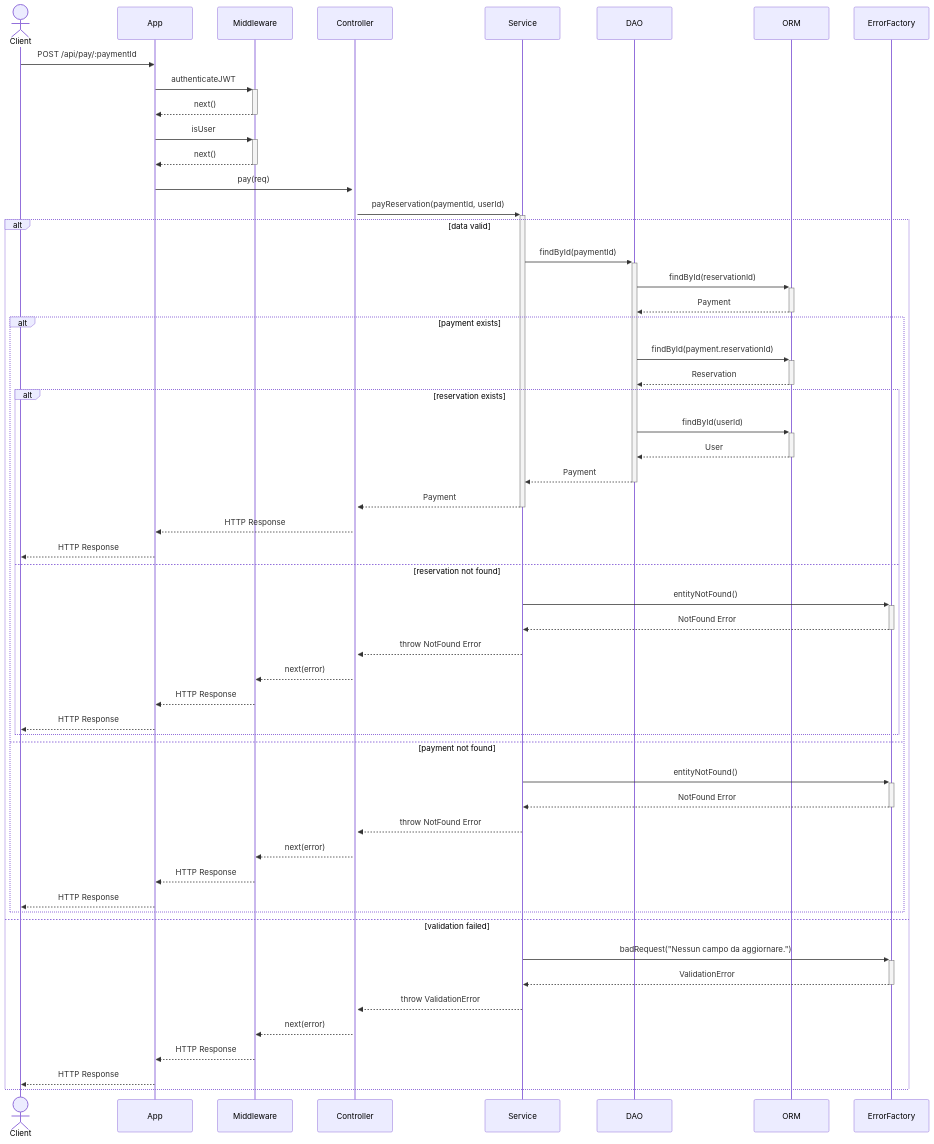
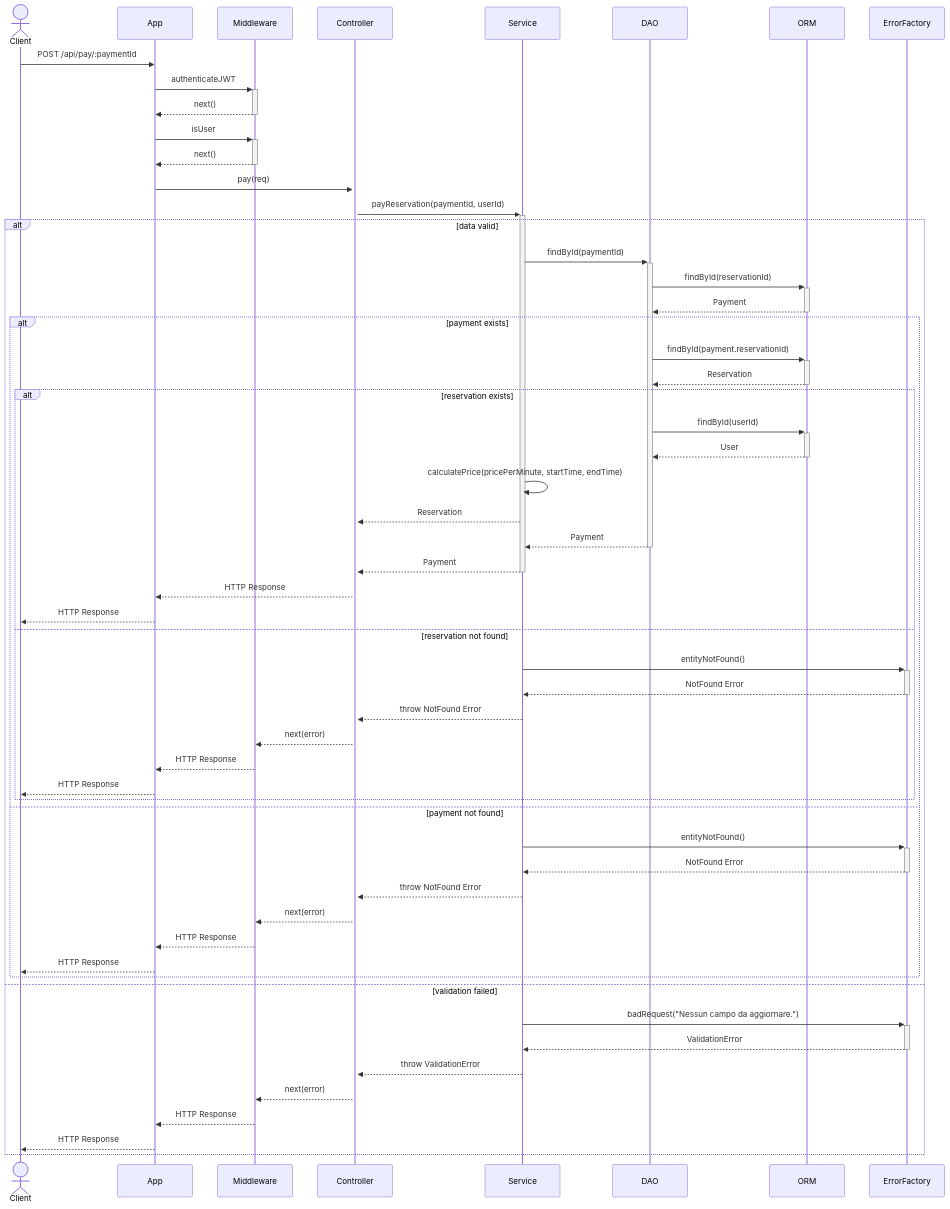
Diagram 15 of 17 in README.md (niccolociotti/parking_PA), drawn with Mermaid before and after one commit. The commit also changed other lines of this file, not shown here.

````diff
--- a/README.md
+++ b/README.md
@@ -859,58 +862,60 @@
 ```mermaid
 sequenceDiagram
     actor Client
     participant App
     participant Middleware
     participant Controller
     participant Service
     participant DAO
     participant ORM
     participant ErrorFactory
 
     Client->>App: POST /api/pay/:paymentId
     App->>+Middleware: authenticateJWT
     Middleware-->>-App: next()
     App->>+Middleware: isUser
     Middleware-->>-App: next()
     App->>+Controller: pay(req)
     Controller->>+Service: payReservation(paymentId, userId)
     alt data valid
         Service->>+DAO: findById(paymentId)
         DAO->>+ORM: findById(reservationId)
         ORM-->>-DAO: Payment
         alt payment exists
           DAO->>+ORM: findById(payment.reservationId)
           ORM-->>-DAO: Reservation
           alt reservation exists
             DAO->>+ORM: findById(userId)
             ORM-->>-DAO: User
+            Service->>Service:calculatePrice(pricePerMinute, startTime, endTime)
+            Service-->>Controller: Reservation
             DAO-->>-Service: Payment
             Service-->>-Controller: Payment
             Controller-->>App: HTTP Response
             App-->>Client: HTTP Response
           else reservation not found
               Service->>+ErrorFactory: entityNotFound()
               ErrorFactory-->>-Service: NotFound Error
               Service-->>Controller: throw NotFound Error
               Controller-->>Middleware: next(error)
               Middleware-->>App: HTTP Response
               App-->>Client: HTTP Response
               end
         else payment not found
             Service->>+ErrorFactory: entityNotFound()
             ErrorFactory-->>-Service: NotFound Error
             Service-->>Controller: throw NotFound Error
             Controller-->>Middleware: next(error)
             Middleware-->>App: HTTP Response
             App-->>Client: HTTP Response
             end
     else validation failed
       Service->>+ErrorFactory: badRequest("Nessun campo da aggiornare.")
       ErrorFactory-->>-Service: ValidationError
       Service-->>Controller: throw ValidationError
       Controller-->>Middleware: next(error)
       Middleware-->>App: HTTP Response
       App-->>Client: HTTP Response
   end
 
 ```
````
